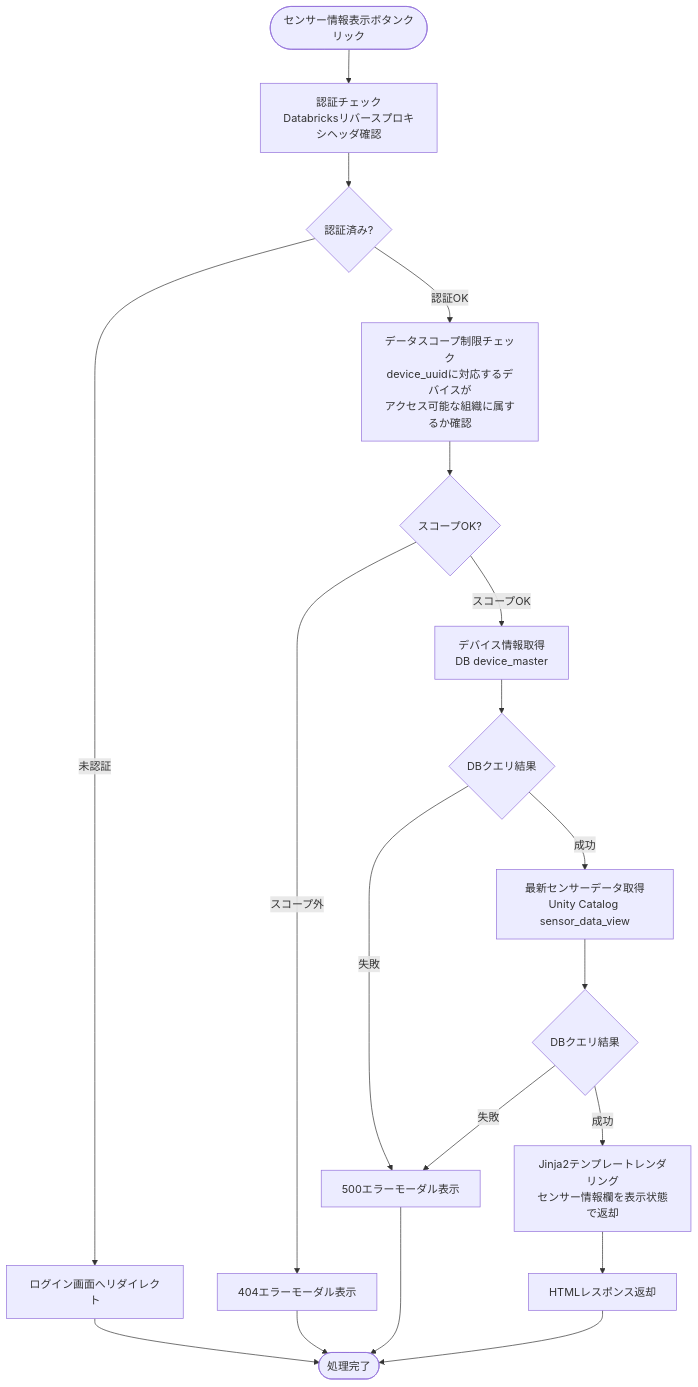
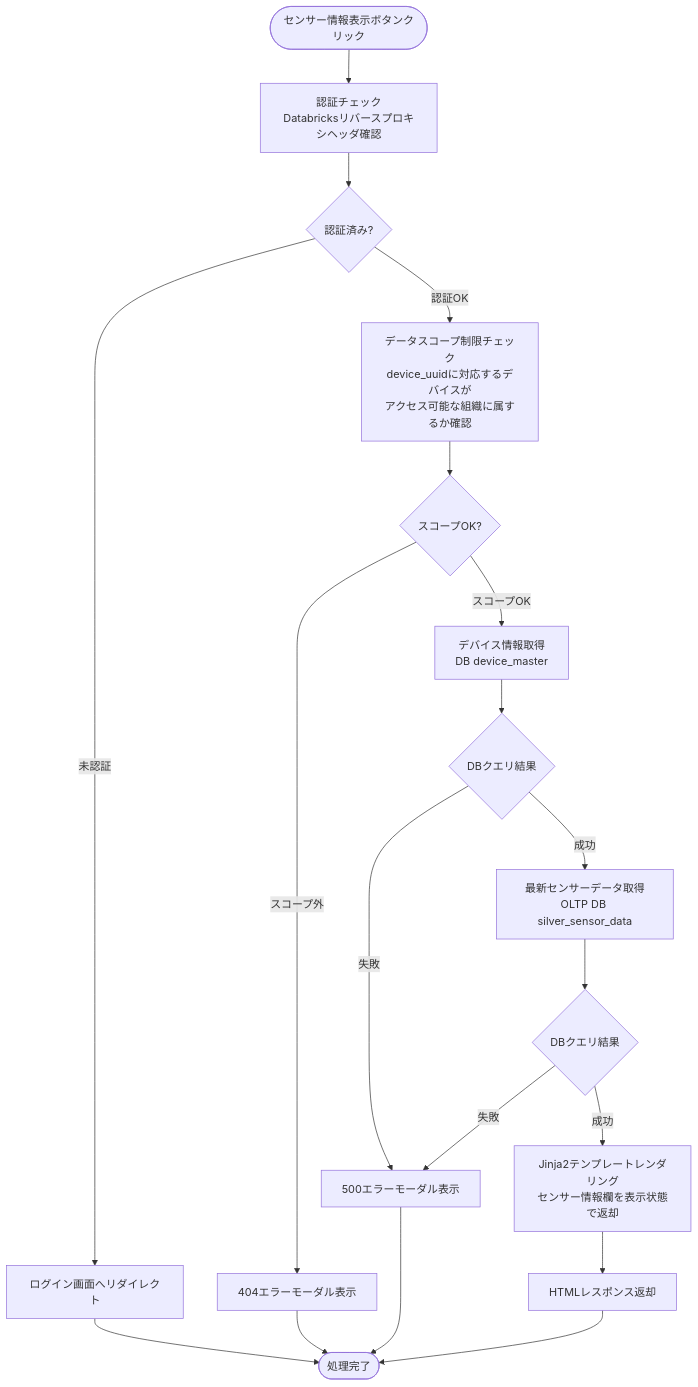
One commit to NSW-SVCP-AIWG002/Databricks-IoT changed the third of 5 diagrams in docs/03-features/flask-app/industry-dashboard/workflow-specification.md. Above: the diagram before and after it, drawn with Mermaid. The commit also changed other lines of this file and 54 other files, not shown here.

````diff
--- a/docs/03-features/flask-app/industry-dashboard/workflow-specification.md
+++ b/docs/03-features/flask-app/industry-dashboard/workflow-specification.md
@@ -701,26 +702,26 @@
 ```mermaid
 flowchart TD
     Start([センサー情報表示ボタンクリック]) --> Auth[認証チェック<br>Databricksリバースプロキシヘッダ確認]
     Auth --> CheckAuth{認証済み?}
     CheckAuth -->|未認証| LoginRedirect[ログイン画面へリダイレクト]
 
     CheckAuth -->|認証OK| Scope[データスコープ制限チェック<br>device_uuidに対応するデバイスが<br>アクセス可能な組織に属するか確認]
     Scope --> CheckScope{スコープOK?}
     CheckScope -->|スコープ外| Error404[404エラーモーダル表示]
 
     CheckScope -->|スコープOK| DeviceQuery[デバイス情報取得<br>DB device_master]
     DeviceQuery --> CheckDeviceQuery{DBクエリ結果}
     CheckDeviceQuery -->|失敗| Error500[500エラーモーダル表示]
 
-    CheckDeviceQuery -->|成功| SensorQuery[最新センサーデータ取得<br>Unity Catalog sensor_data_view]
+    CheckDeviceQuery -->|成功| SensorQuery[最新センサーデータ取得<br>OLTP DB silver_sensor_data]
     SensorQuery --> CheckSensorQuery{DBクエリ結果}
     CheckSensorQuery -->|失敗| Error500
 
     CheckSensorQuery -->|成功| Template[Jinja2テンプレートレンダリング<br>センサー情報欄を表示状態で返却]
     Template --> Response[HTMLレスポンス返却]
 
     LoginRedirect --> End([処理完了])
     Response --> End
     Error404 --> End
     Error500 --> End
 ```
````
